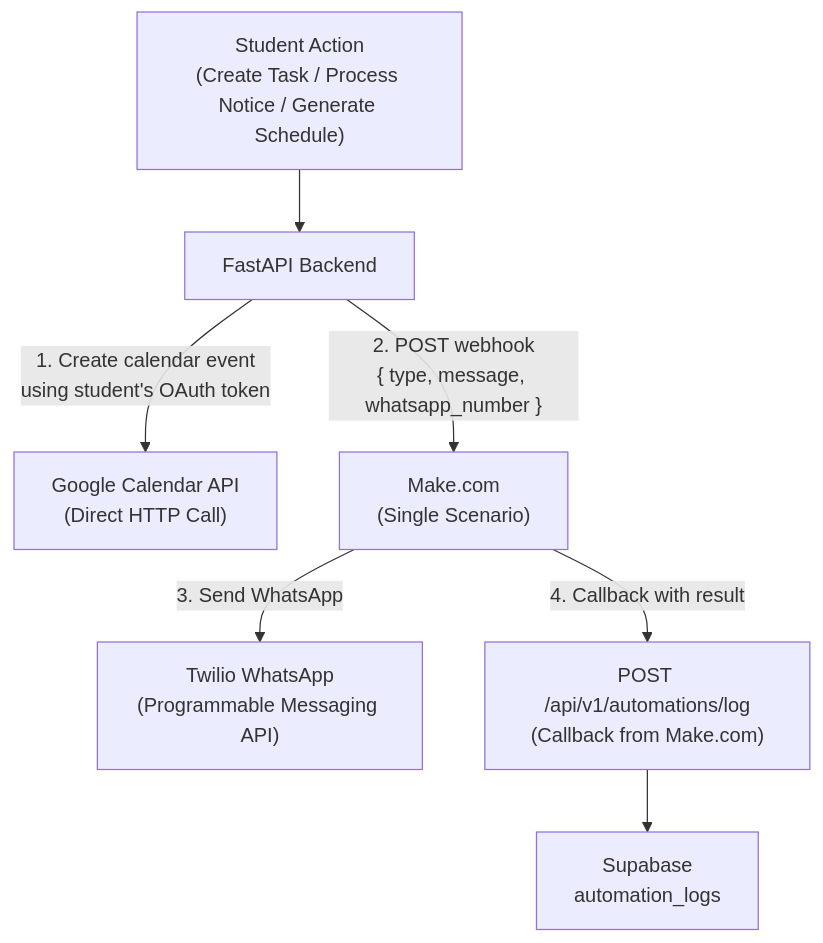
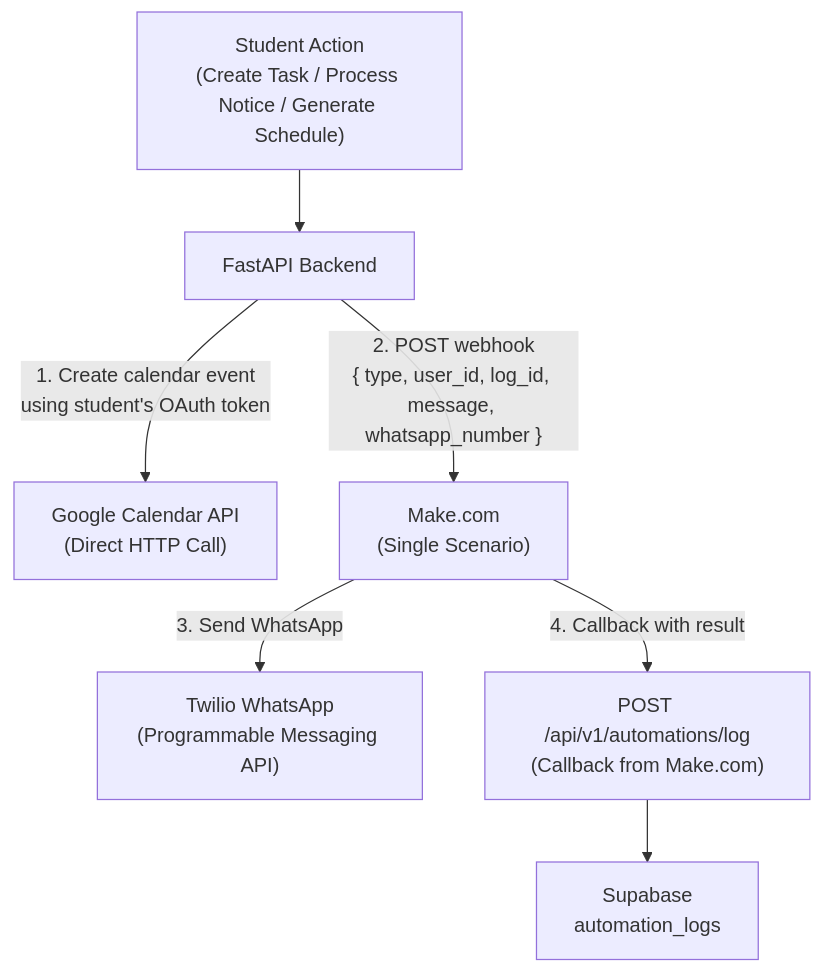
One commit to AdharshJolly/Academix changed the first of 4 diagrams in docs/AUTOMATION_PLAN.md. Above: the diagram before and after it, drawn with Mermaid. The commit also changed other lines of this file and 28 other files, not shown here.

````diff
--- a/docs/AUTOMATION_PLAN.md
+++ b/docs/AUTOMATION_PLAN.md
@@ -51,17 +51,17 @@
 ```mermaid
 flowchart TD
     Student["Student Action\n(Create Task / Process Notice / Generate Schedule)"]
     BE["FastAPI Backend"]
     GCAL_API["Google Calendar API\n(Direct HTTP Call)"]
     MAKE["Make.com\n(Single Scenario)"]
     TWILIO["Twilio WhatsApp\n(Programmable Messaging API)"]
     LOG["POST /api/v1/automations/log\n(Callback from Make.com)"]
     DB["Supabase\nautomation_logs"]
 
     Student --> BE
     BE -->|"1. Create calendar event\nusing student's OAuth token"| GCAL_API
-    BE -->|"2. POST webhook\n{ type, message, whatsapp_number }"| MAKE
+    BE -->|"2. POST webhook\n{ type, user_id, log_id, message, whatsapp_number }"| MAKE
     MAKE -->|"3. Send WhatsApp"| TWILIO
     MAKE -->|"4. Callback with result"| LOG
     LOG --> DB
 ```
````
